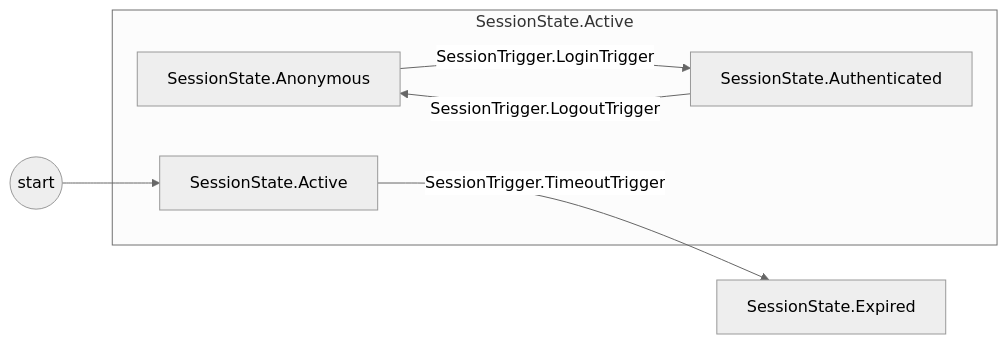
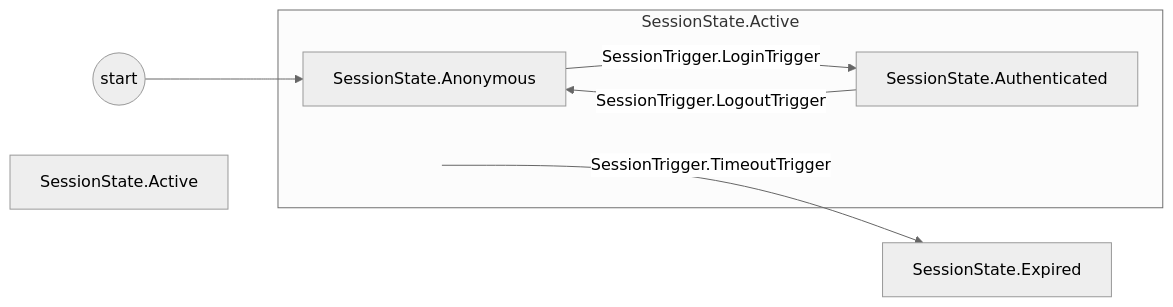
One commit to leeoades/FunctionalStateMachine changed the diagram in FunctionalStateMachine.Samples/diagrams/SessionLogin.md. Above: the diagram before and after it, drawn with Mermaid (neutral theme). The commit also changed 5 other files, not shown here.

Commit message:
Add labels to the guard clauses for the diagram. Clean up superstate transitions. Point transitions into a superstate at the starting substate.

````diff
--- a/FunctionalStateMachine.Samples/diagrams/SessionLogin.md
+++ b/FunctionalStateMachine.Samples/diagrams/SessionLogin.md
@@ -3,13 +3,16 @@
 ```mermaid
 flowchart LR
-  START((start)) --> S_SessionState_Active
+  START((start)) --> S_SessionState_Anonymous
   subgraph SG_SessionState_Active[SessionState.Active]
-    S_SessionState_Active[SessionState.Active]
+    P_SessionState_Active(( ))
     S_SessionState_Anonymous[SessionState.Anonymous]
     S_SessionState_Authenticated[SessionState.Authenticated]
   end
   S_SessionState_Expired[SessionState.Expired]
-  S_SessionState_Active -->|SessionTrigger.TimeoutTrigger| S_SessionState_Expired
+  S_SessionState_Active[SessionState.Active]
+  classDef superstatePort fill:transparent,stroke:transparent;
+  class P_SessionState_Active superstatePort;
+  P_SessionState_Active -->|SessionTrigger.TimeoutTrigger| S_SessionState_Expired
   S_SessionState_Anonymous -->|SessionTrigger.LoginTrigger| S_SessionState_Authenticated
   S_SessionState_Authenticated -->|SessionTrigger.LogoutTrigger| S_SessionState_Anonymous
 ```
````
